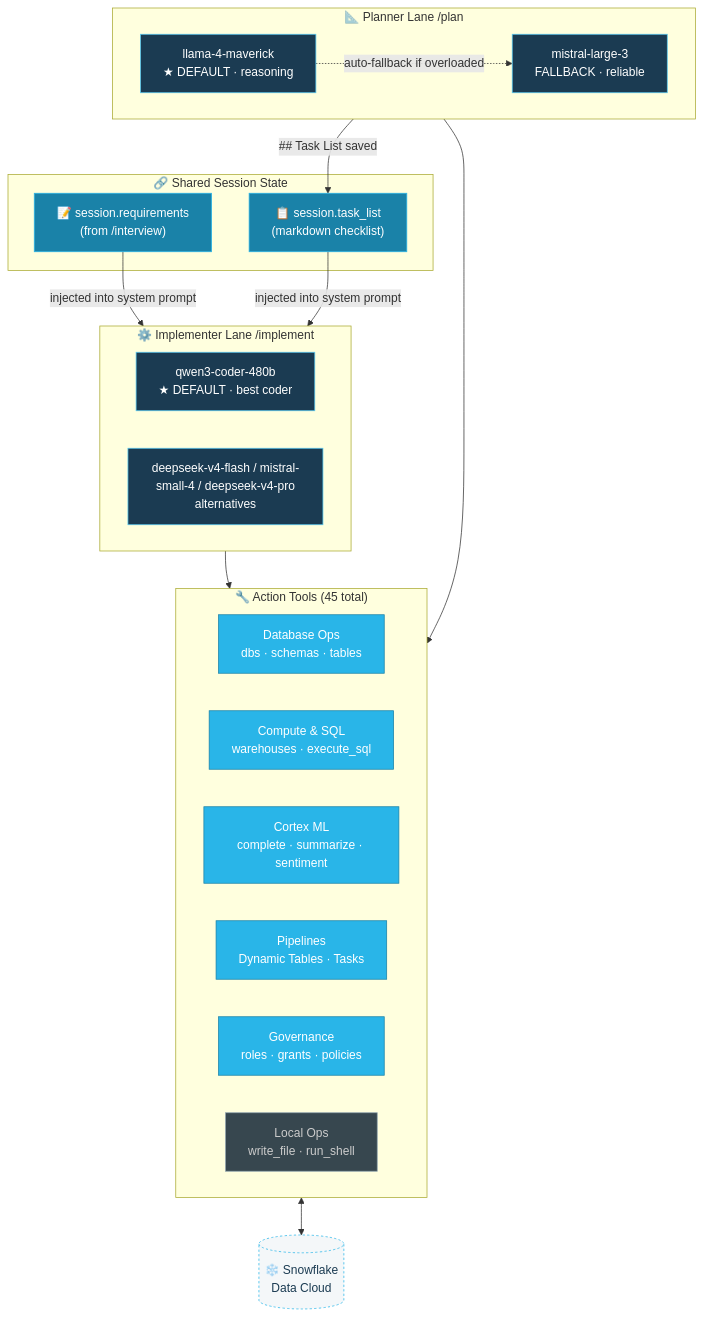
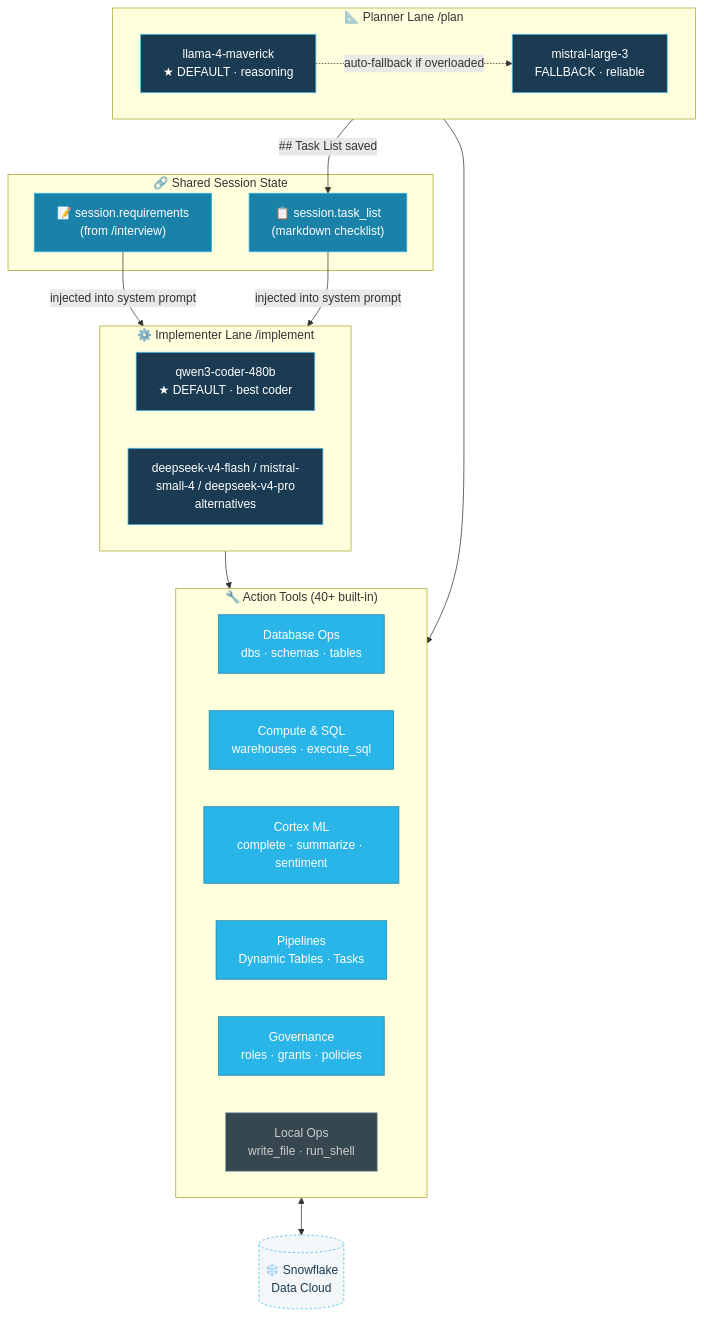
The second of 5 diagrams in docs/ARCHITECTURE.md (Jericho2010/TUI-snowNinja-cli), drawn with Mermaid before and after one commit. The commit also changed other lines of this file and 3 other files, not shown here.

````diff
--- a/docs/ARCHITECTURE.md
+++ b/docs/ARCHITECTURE.md
@@ -55,43 +55,43 @@
 ```mermaid
 flowchart TD
     classDef lane fill:#0d2233,stroke:#29B5E8,color:#fff,font-weight:bold
     classDef model fill:#1B3B52,stroke:#56C9F2,color:#fff
     classDef shared fill:#1A82A8,stroke:#29B5E8,color:#fff
     classDef tool fill:#29B5E8,stroke:#1A82A8,color:#fff
     classDef snow fill:#F4F7F9,stroke:#29B5E8,color:#1B3B52,stroke-dasharray:3
     classDef local fill:#37474f,stroke:#90a4ae,color:#ccc
 
     subgraph PLANNER ["📐 Planner Lane  /plan"]
         PM["llama-4-maverick\n★ DEFAULT · reasoning"]:::model
         PF["mistral-large-3\nFALLBACK · reliable"]:::model
         PM -.->|"auto-fallback if overloaded"| PF
     end
 
     subgraph IMPL ["⚙️ Implementer Lane  /implement"]
         IM["qwen3-coder-480b\n★ DEFAULT · best coder"]:::model
         IM2["deepseek-v4-flash / mistral-small-4 / deepseek-v4-pro\nalternatives"]:::model
     end
 
     subgraph SHARED ["🔗 Shared Session State"]
         TL["📋 session.task_list\n(markdown checklist)"]:::shared
         REQ["📝 session.requirements\n(from /interview)"]:::shared
     end
 
-    subgraph TOOLS ["🔧 Action Tools (45 total)"]
+    subgraph TOOLS ["🔧 Action Tools (40+ built-in)"]
         T1["Database Ops\ndbs · schemas · tables"]:::tool
         T2["Compute & SQL\nwarehouses · execute_sql"]:::tool
         T3["Cortex ML\ncomplete · summarize · sentiment"]:::tool
         T4["Pipelines\nDynamic Tables · Tasks"]:::tool
         T5["Governance\nroles · grants · policies"]:::tool
         T6["Local Ops\nwrite_file · run_shell"]:::local
     end
 
     SNOW[("❄️ Snowflake\nData Cloud")]:::snow
 
     PLANNER -->|"## Task List saved"| TL
     REQ -->|"injected into system prompt"| IMPL
     TL -->|"injected into system prompt"| IMPL
     IMPL --> TOOLS
     PLANNER --> TOOLS
     TOOLS <--> SNOW
 ```
````
